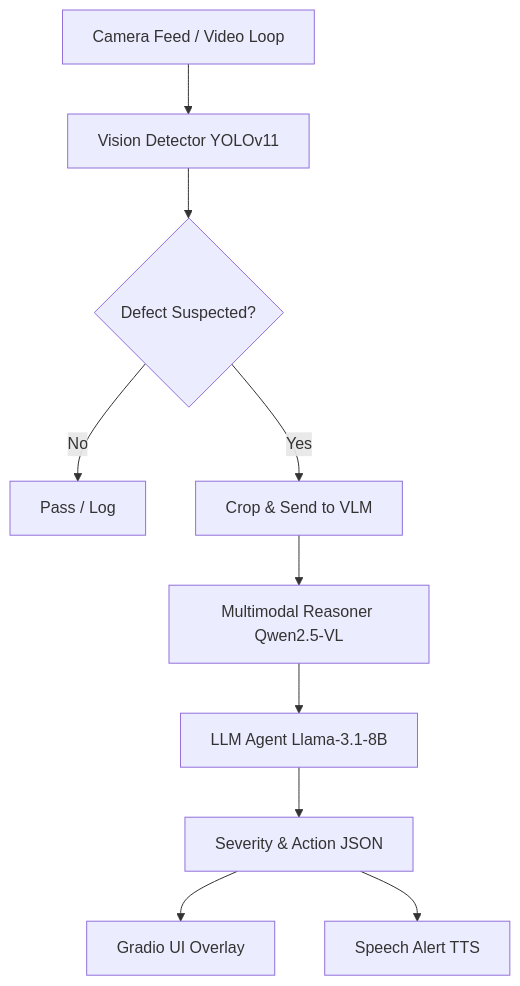
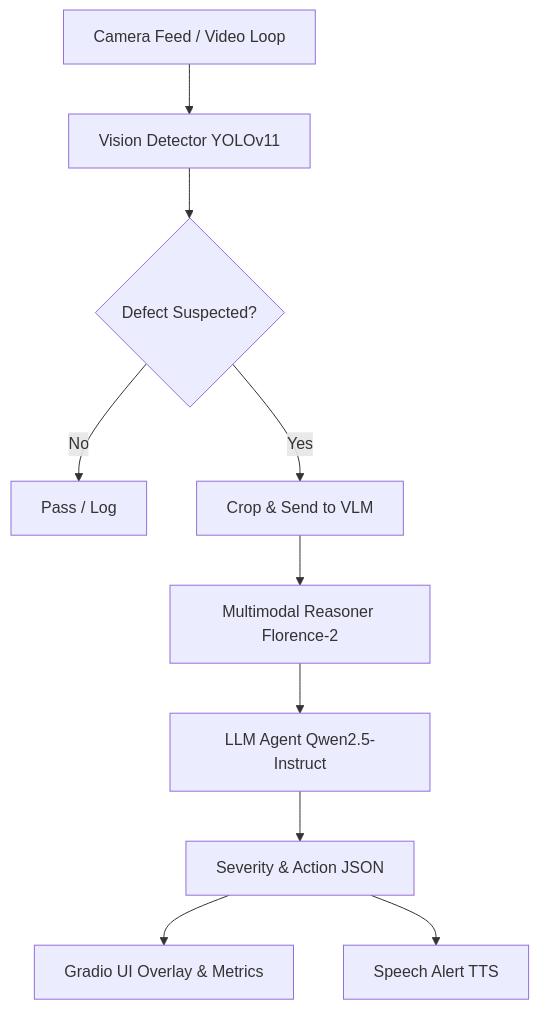
One commit to AdityaDwivediAtGit/PharmaGuard changed the diagram in README.md. Above: the diagram before and after it, drawn with Mermaid. The commit also changed other lines of this file, not shown here.

````diff
--- a/README.md
+++ b/README.md
@@ -18,12 +18,12 @@
 ```mermaid
 graph TD
     A[Camera Feed / Video Loop] --> B[Vision Detector YOLOv11]
     B --> C{Defect Suspected?}
     C -- No --> D[Pass / Log]
     C -- Yes --> E[Crop & Send to VLM]
-    E --> F[Multimodal Reasoner Qwen2.5-VL]
-    F --> G[LLM Agent Llama-3.1-8B]
+    E --> F[Multimodal Reasoner Florence-2]
+    F --> G[LLM Agent Qwen2.5-Instruct]
     G --> H[Severity & Action JSON]
-    H --> I[Gradio UI Overlay]
+    H --> I[Gradio UI Overlay & Metrics]
     H --> J[Speech Alert TTS]
 ```
````
